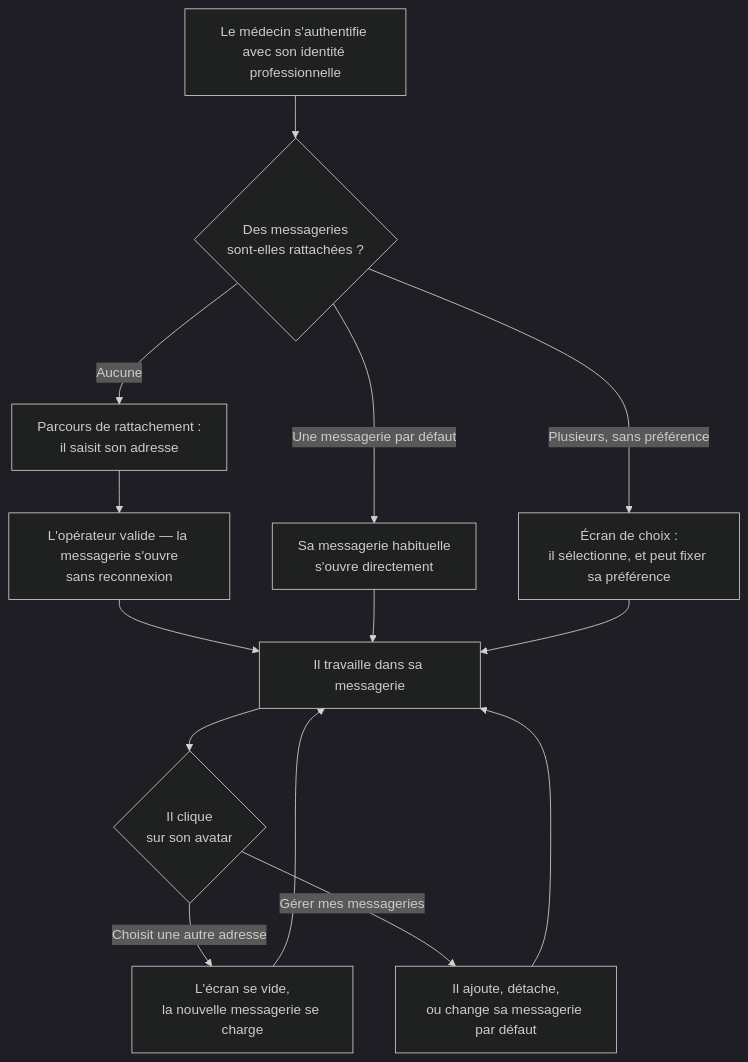
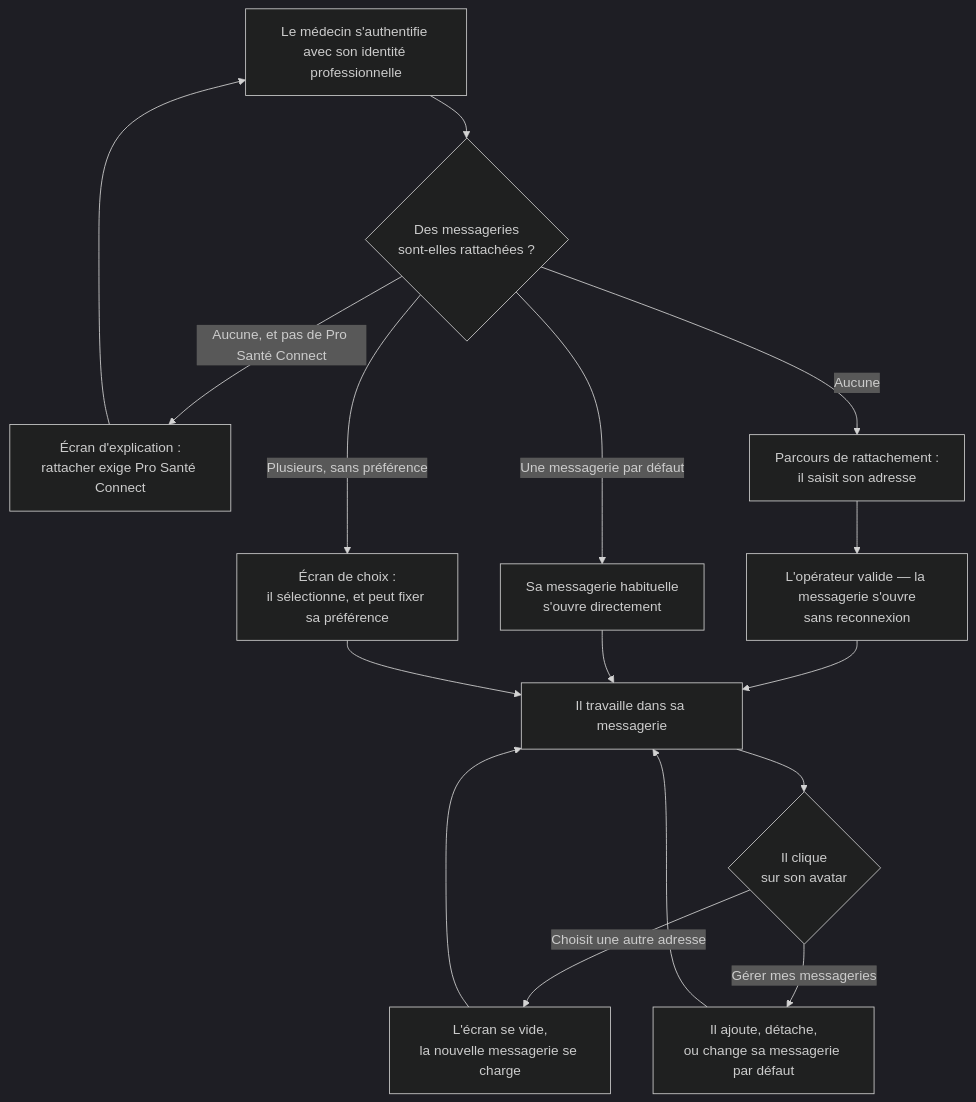
The diagram in Docs/epics/E016-socle-multi-tenant.md (codengine-technologies/HealthPlatform.Forge), drawn with Mermaid (dark theme) before and after one commit. The commit also changed other lines of this file and 1 other file, not shown here.

````diff
--- a/Docs/epics/E016-socle-multi-tenant.md
+++ b/Docs/epics/E016-socle-multi-tenant.md
@@ -103,16 +103,18 @@
 ```mermaid
 flowchart TD
     A[Le médecin s'authentifie avec son identité professionnelle] --> B{Des messageries<br/>sont-elles rattachées ?}
+    B -->|Aucune, et pas de Pro Santé Connect| Z[Écran d'explication :<br/>rattacher exige Pro Santé Connect]
+    Z --> A
     B -->|Aucune| C[Parcours de rattachement :<br/>il saisit son adresse]
     C --> D[L'opérateur valide — la messagerie s'ouvre<br/>sans reconnexion]
     B -->|Une messagerie par défaut| E[Sa messagerie habituelle<br/>s'ouvre directement]
     B -->|Plusieurs, sans préférence| F[Écran de choix :<br/>il sélectionne, et peut fixer sa préférence]
     D --> G[Il travaille dans sa messagerie]
     E --> G
     F --> G
     G --> H{Il clique<br/>sur son avatar}
     H -->|Choisit une autre adresse| I[L'écran se vide,<br/>la nouvelle messagerie se charge]
     I --> G
     H -->|Gérer mes messageries| J[Il ajoute, détache,<br/>ou change sa messagerie par défaut]
     J --> G
 ```
````
